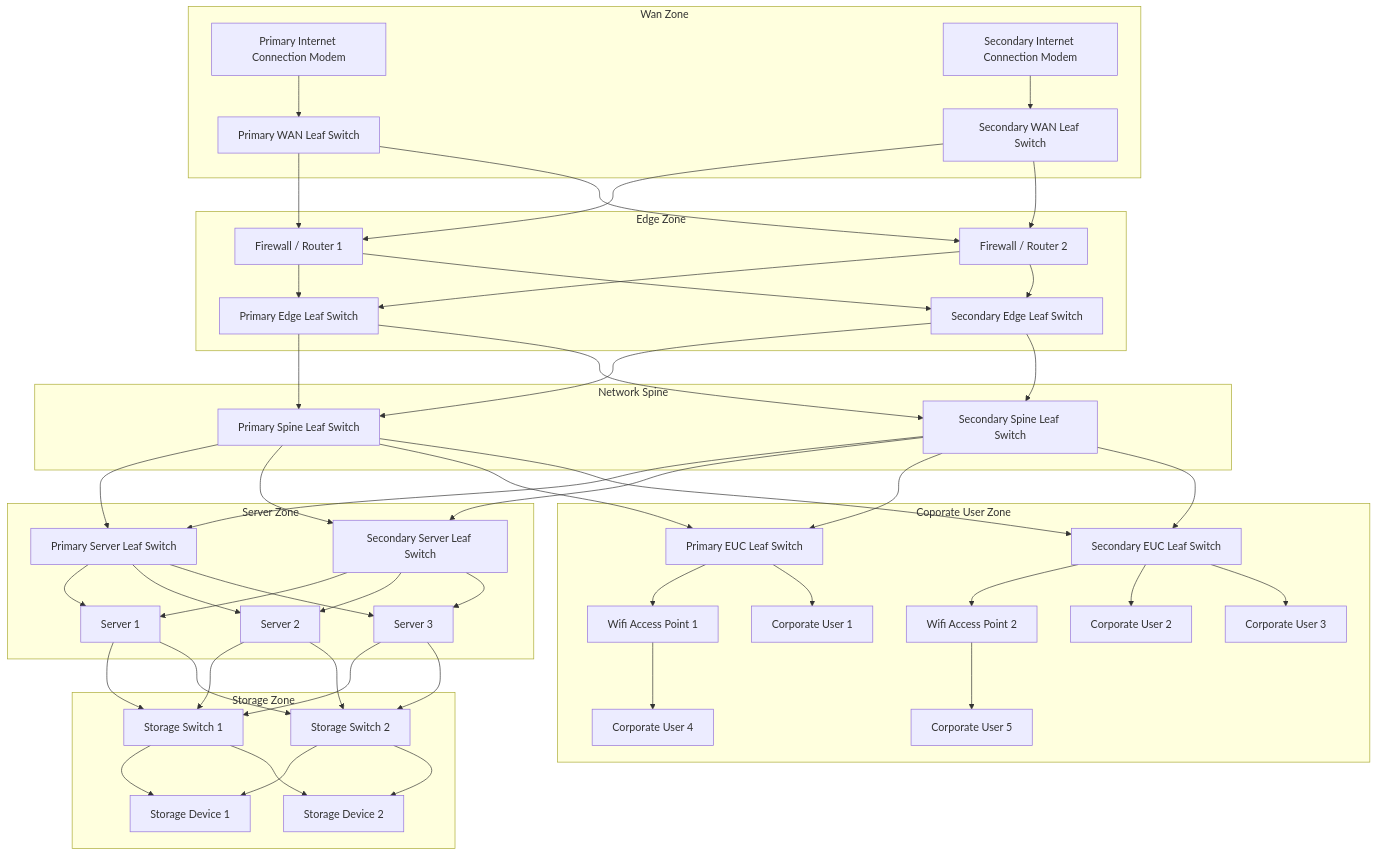
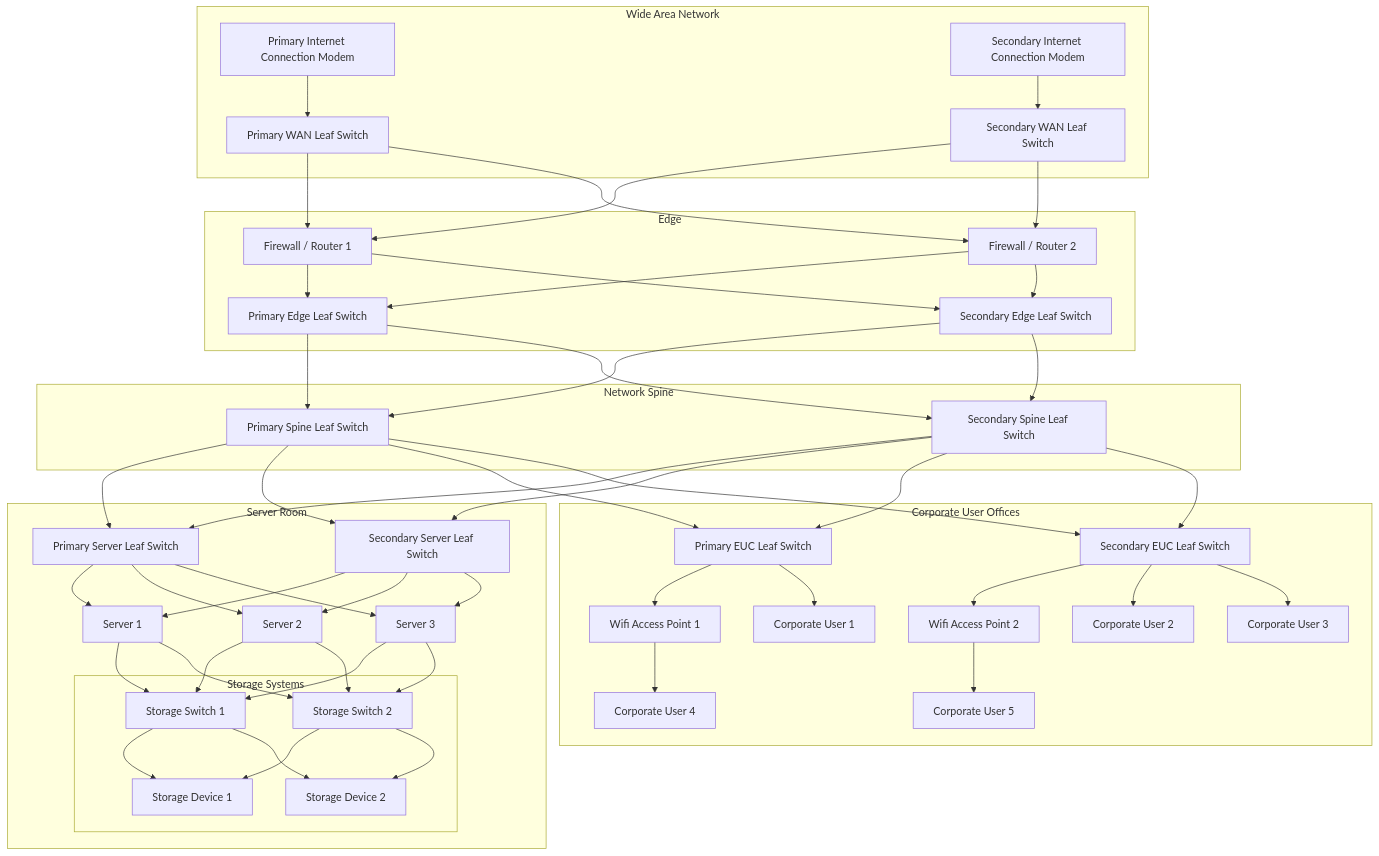
The second of 2 diagrams in opendocs/docs/sysadmin-guides/greenfield-environment/physical-network-design.md (RootwireLtd/OpenDocs), drawn with Mermaid before and after one commit. The commit also changed other lines of this file, not shown here.

Commit message:
Add detail to baseic diagram, rename zones in HA diagram

```diff
--- a/opendocs/docs/sysadmin-guides/greenfield-environment/physical-network-design.md
+++ b/opendocs/docs/sysadmin-guides/greenfield-environment/physical-network-design.md
@@ -55,7 +83,7 @@
 
 graph TD
 
-subgraph WAN[Wan Zone]
+subgraph WAN[Wide Area Network]
     WAN1[Primary Internet Connection Modem]
     WAN2[Secondary Internet Connection Modem]
     WanSwitch1[Primary WAN Leaf Switch]
@@ -65,7 +93,7 @@
 WAN1 --> WanSwitch1
 WAN2 --> WanSwitch2
 
-subgraph Edge[Edge Zone]
+subgraph Edge[Edge]
     Firewall1[Firewall / Router 1]
     Firewall2[Firewall / Router 2]
     EdgeLeafSwitch1[Primary Edge Leaf Switch]
@@ -93,7 +121,7 @@
 EdgeLeafSwitch2 --> SpineLanSwitch2
 
 
-subgraph Server[Server Zone]
+subgraph Server[Server Room]
     ServerLanSwitch1[Primary Server Leaf Switch]
     ServerLanSwitch2[Secondary Server Leaf Switch]
     Server1[Server 1]
@@ -105,33 +133,33 @@
     ServerLanSwitch2 --> Server1
     ServerLanSwitch2 --> Server2
     ServerLanSwitch2 --> Server3
+
+    SpineLanSwitch1 --> ServerLanSwitch1
+    SpineLanSwitch1 --> ServerLanSwitch2
+    SpineLanSwitch2 --> ServerLanSwitch1
+    SpineLanSwitch2 --> ServerLanSwitch2
+
+
+    Server1 --> StorageSwitch1
+    Server1 --> StorageSwitch2
+    Server2 --> StorageSwitch1
+    Server2 --> StorageSwitch2
+    Server3 --> StorageSwitch1
+    Server3 --> StorageSwitch2
+
+    subgraph Storage[Storage Systems]
+        StorageSwitch1[Storage Switch 1]
+        StorageSwitch2[Storage Switch 2]
+        StorageDevice1[Storage Device 1]
+        StorageDevice2[Storage Device 2]
+        StorageSwitch1 --> StorageDevice1
+        StorageSwitch1 --> StorageDevice2
+        StorageSwitch2 --> StorageDevice1
+        StorageSwitch2 --> StorageDevice2
+    end
 end
 
-SpineLanSwitch1 --> ServerLanSwitch1
-SpineLanSwitch1 --> ServerLanSwitch2
-SpineLanSwitch2 --> ServerLanSwitch1
-SpineLanSwitch2 --> ServerLanSwitch2
-
-
-Server1 --> StorageSwitch1
-Server1 --> StorageSwitch2
-Server2 --> StorageSwitch1
-Server2 --> StorageSwitch2
-Server3 --> StorageSwitch1
-Server3 --> StorageSwitch2
-
-subgraph Storage[Storage Zone]
-    StorageSwitch1[Storage Switch 1]
-    StorageSwitch2[Storage Switch 2]
-    StorageDevice1[Storage Device 1]
-    StorageDevice2[Storage Device 2]
-    StorageSwitch1 --> StorageDevice1
-    StorageSwitch1 --> StorageDevice2
-    StorageSwitch2 --> StorageDevice1
-    StorageSwitch2 --> StorageDevice2
-end
-
-subgraph EUC[Coporate User Zone]
+subgraph EUC[Corporate User Offices]
     EUCLeafSwitch1[Primary EUC Leaf Switch]
     EUCLeafSwitch2[Secondary EUC Leaf Switch]
     WiFiAP1[Wifi Access Point 1]
```
